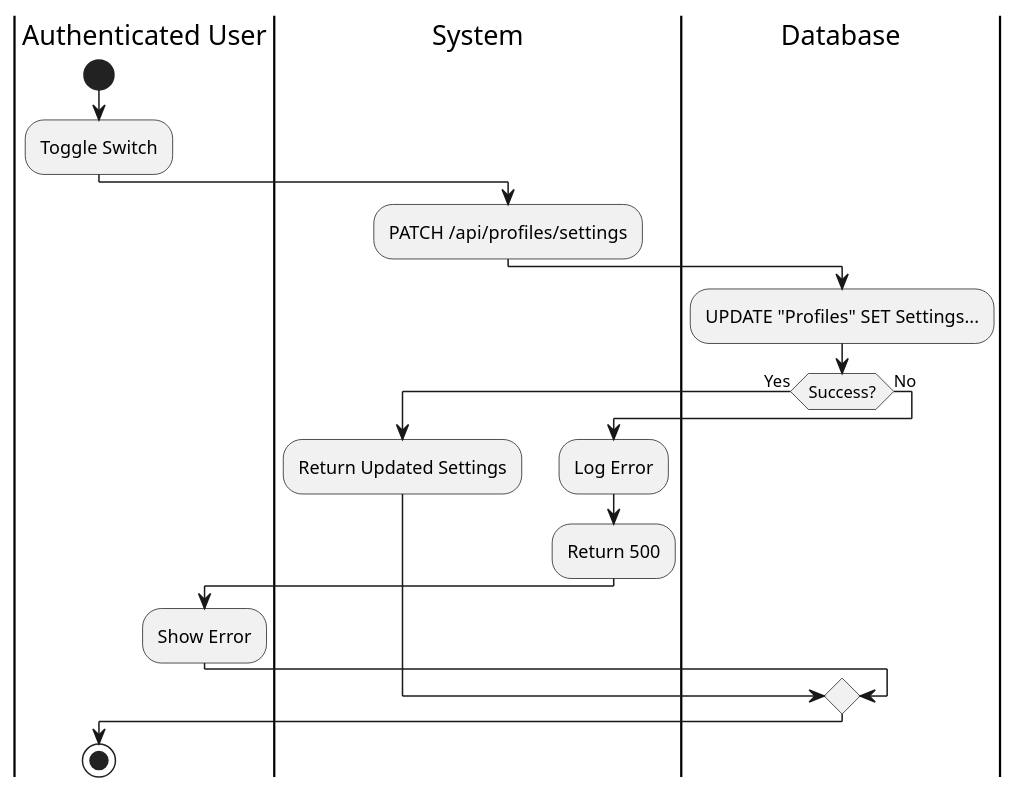
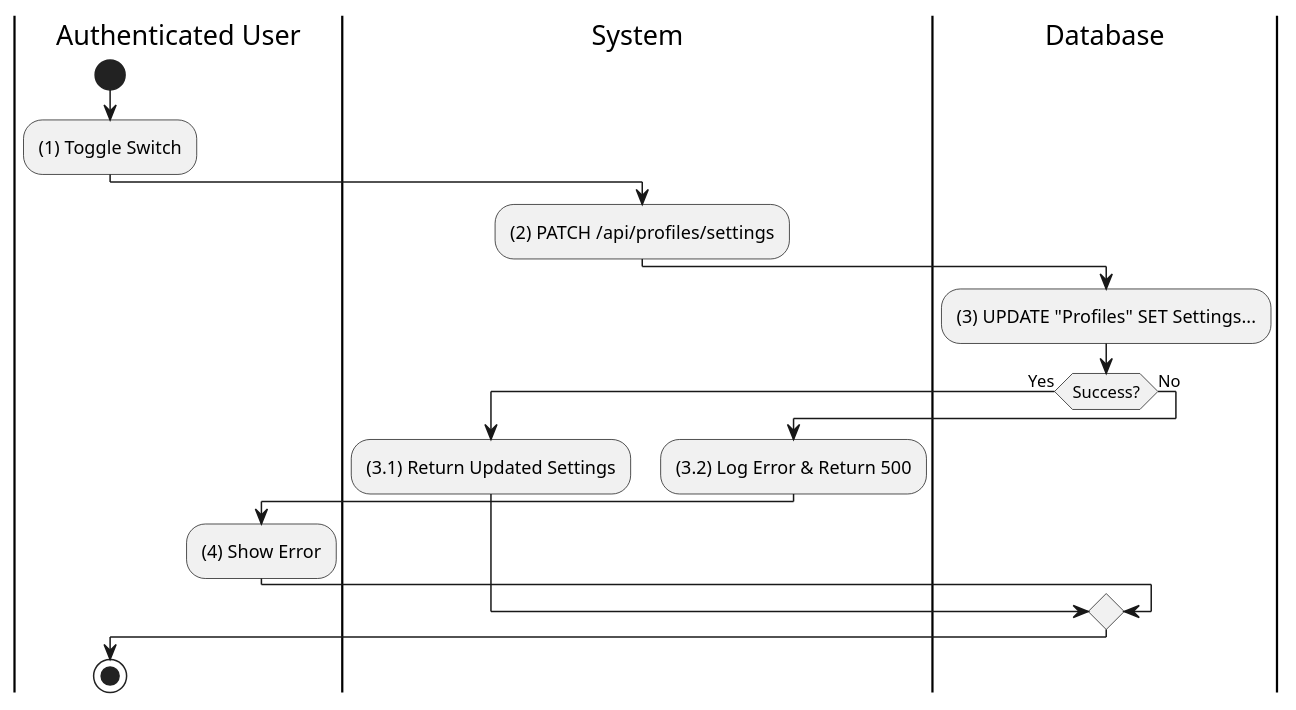
The ninth of 10 diagrams in UC_2.1.8_Monitor_Notification.md (I-Love-U-3000/Favi-BE), drawn with PlantUML before and after one commit. The commit also changed other lines of this file and 36 other files, not shown here.

````diff
--- a/UC_2.1.8_Monitor_Notification.md
+++ b/UC_2.1.8_Monitor_Notification.md
@@ -364,22 +352,21 @@
 ```plantuml
 @startuml
 |Authenticated User|
 start
-:Toggle Switch;
+:(1) Toggle Switch;
 |System|
-:PATCH /api/profiles/settings;
+:(2) PATCH /api/profiles/settings;
 |Database|
-:UPDATE "Profiles" SET Settings...;
+:(3) UPDATE "Profiles" SET Settings...;
 if (Success?) then (Yes)
   |System|
-  :Return Updated Settings;
+  :(3.1) Return Updated Settings;
 else (No)
   |System|
-  :Log Error;
-  :Return 500;
+  :(3.2) Log Error & Return 500;
   |Authenticated User|
-  :Show Error;
+  :(4) Show Error;
 endif
 stop
 @enduml
 ```
````
